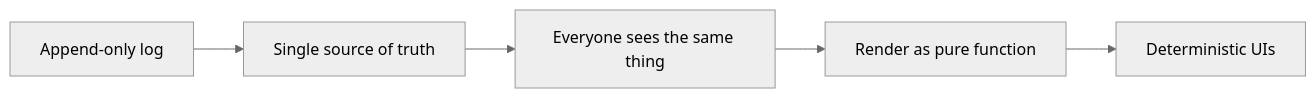
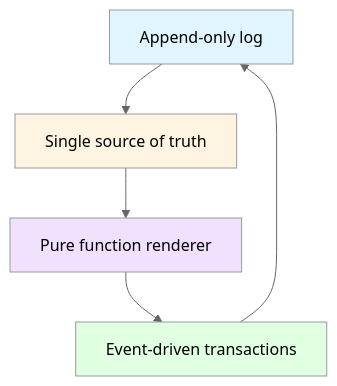
The first of 5 diagrams in conj-talk-2025.md (Synthetic-Identity-Co/conj-talk-2025), drawn with Mermaid (neutral theme) before and after one commit. The commit also changed other lines of this file, not shown here.

````diff
--- a/conj-talk-2025.md
+++ b/conj-talk-2025.md
@@ -69,7 +133,12 @@
 ```mermaid
-graph LR
+graph TD
     A[Append-only log] --> B[Single source of truth]
-    B --> C[Everyone sees the same thing]
-    C --> D[Render as pure function]
-    D --> E[Deterministic UIs]
+    B --> C[Pure function renderer]
+    C --> D[Event-driven transactions]
+    D --> A
+    
+    style A fill:#e1f5ff
+    style B fill:#fff4e1
+    style C fill:#f0e1ff
+    style D fill:#e1ffe1
 ```
````
